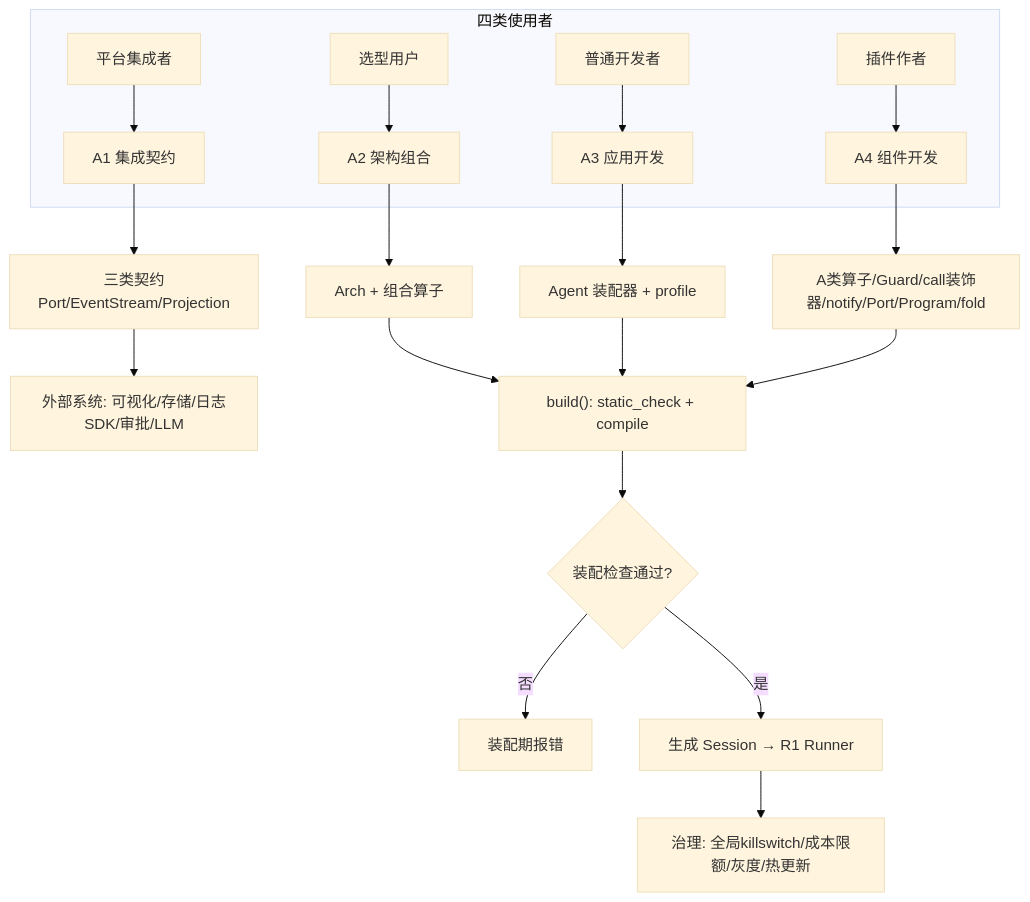
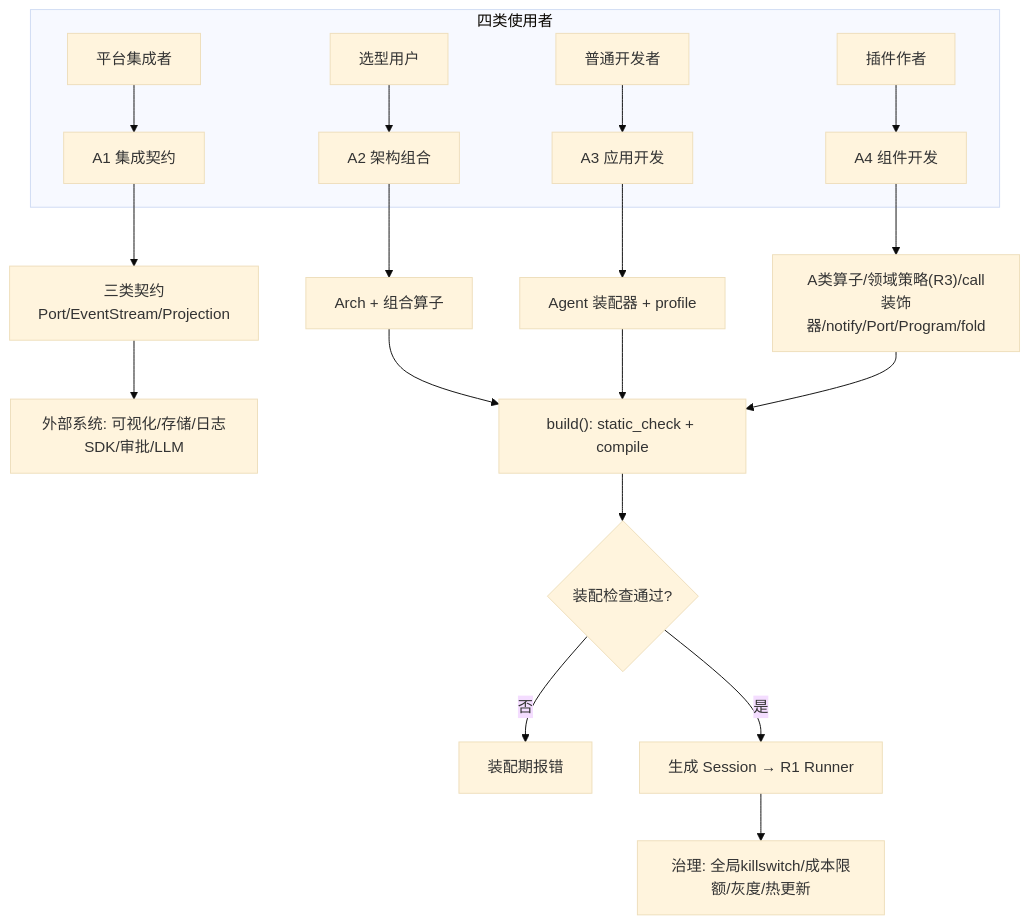
Diagram 13 of 13 in docs/01-总览与设计/AGENT-总设计.md (sao-lang/lll), drawn with Mermaid (base theme) before and after one commit. The commit also changed other lines of this file and 91 other files, not shown here.

````diff
--- a/docs/01-总览与设计/AGENT-总设计.md
+++ b/docs/01-总览与设计/AGENT-总设计.md
@@ -1657,21 +1663,21 @@
 ```mermaid
 flowchart TD
     subgraph 四类使用者
         U1["平台集成者"] --> A1["A1 集成契约"]
         U2["选型用户"] --> A2["A2 架构组合"]
         U3["普通开发者"] --> A3["A3 应用开发"]
         U4["插件作者"] --> A4["A4 组件开发"]
     end
     A1 --> P["三类契约<br/>Port/EventStream/Projection"]
     A2 --> AG["Arch + 组合算子"]
     A3 --> AB["Agent 装配器 + profile"]
-    A4 --> LOW["A类算子/Guard/call装饰器/notify/Port/Program/fold"]
+    A4 --> LOW["A类算子/领域策略(R3)/call装饰器/notify/Port/Program/fold"]
     P --> EXT["外部系统: 可视化/存储/日志SDK/审批/LLM"]
     AG --> BUILD
     AB --> BUILD
     LOW --> BUILD["build(): static_check + compile"]
     BUILD --> CHK{"装配检查通过?"}
     CHK -->|否| ERR["装配期报错"]
     CHK -->|是| SESS["生成 Session → R1 Runner"]
     SESS --> GOV["治理: 全局killswitch/成本限额/灰度/热更新"]
 ```
````
